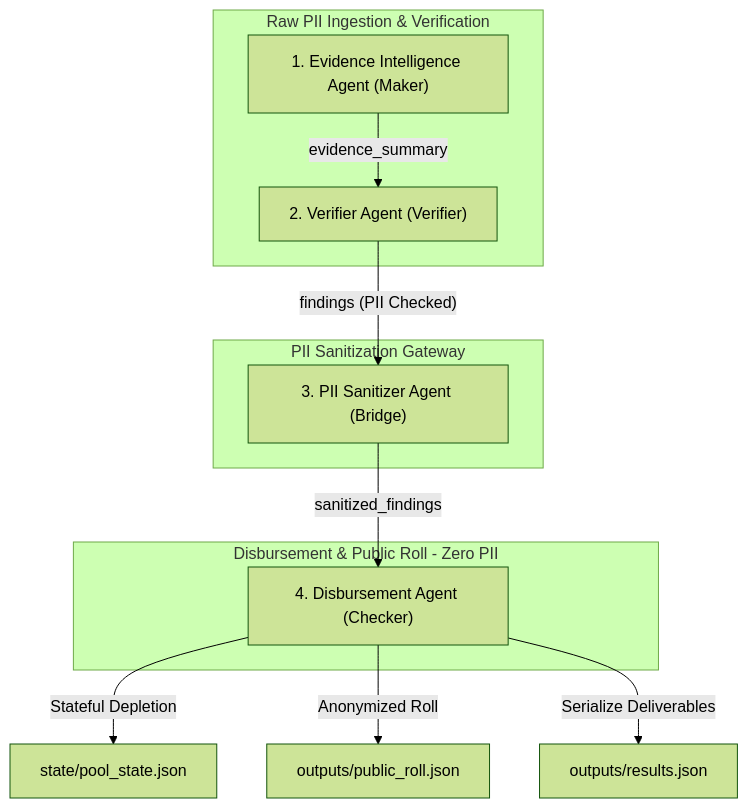
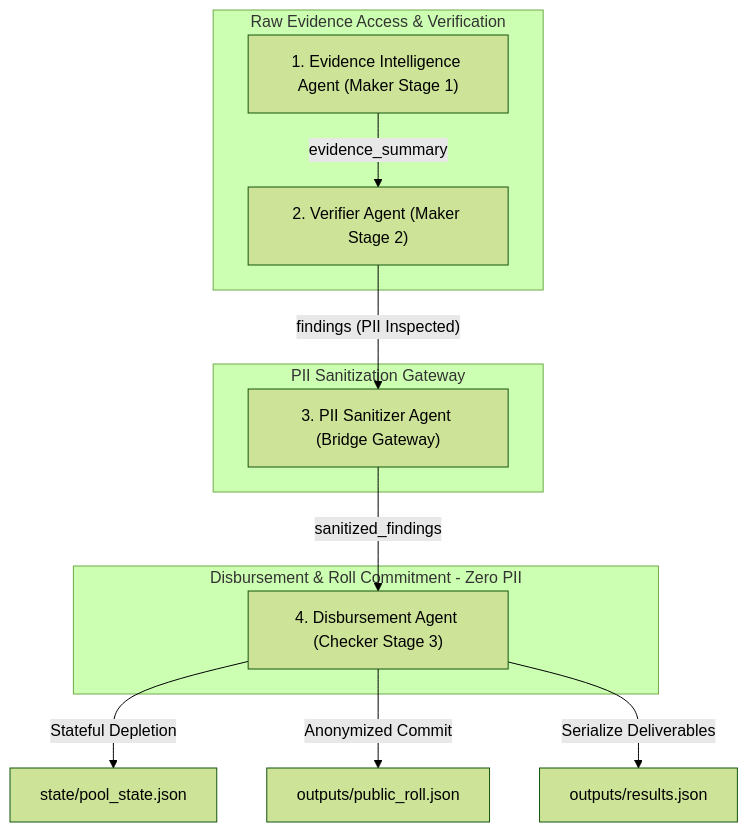
One commit to UsmanBari/nhsg-ai-platform changed the first of 2 diagrams in README.md. Above: the diagram before and after it, drawn with Mermaid (forest theme). The commit also changed other lines of this file, not shown here.

````diff
--- a/README.md
+++ b/README.md
@@ -25,22 +24,22 @@
 ```mermaid
 graph TD
-    subgraph Maker Zone [Raw PII Ingestion & Verification]
-        A["1. Evidence Intelligence Agent (Maker)"]
-        B["2. Verifier Agent (Verifier)"]
+    subgraph Maker Zone [Raw Evidence Access & Verification]
+        A["1. Evidence Intelligence Agent (Maker Stage 1)"]
+        B["2. Verifier Agent (Maker Stage 2)"]
         A -- "evidence_summary" --> B
     end
 
     subgraph Secure Bridge [PII Sanitization Gateway]
-        C["3. PII Sanitizer Agent (Bridge)"]
-        B -- "findings (PII Checked)" --> C
+        C["3. PII Sanitizer Agent (Bridge Gateway)"]
+        B -- "findings (PII Inspected)" --> C
     end
 
-    subgraph Checker Zone [Disbursement & Public Roll - Zero PII]
-        D["4. Disbursement Agent (Checker)"]
+    subgraph Checker Zone [Disbursement & Roll Commitment - Zero PII]
+        D["4. Disbursement Agent (Checker Stage 3)"]
         C -- "sanitized_findings" --> D
     end
 
     D -- "Stateful Depletion" --> E["state/pool_state.json"]
-    D -- "Anonymized Roll" --> F["outputs/public_roll.json"]
+    D -- "Anonymized Commit" --> F["outputs/public_roll.json"]
     D -- "Serialize Deliverables" --> G["outputs/results.json"]
 ```
````
